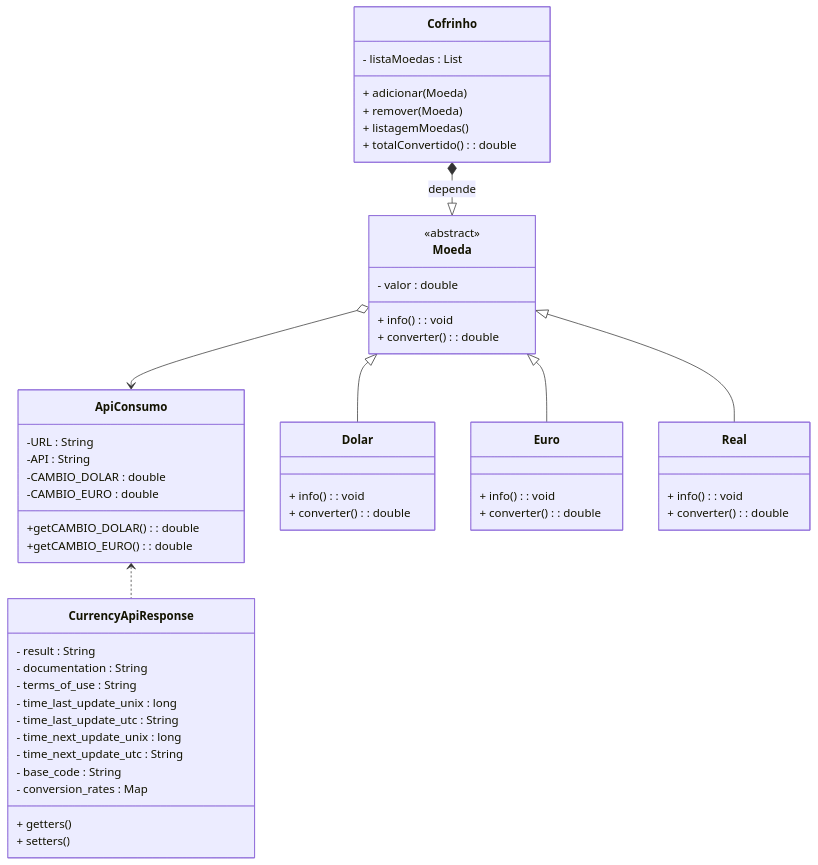
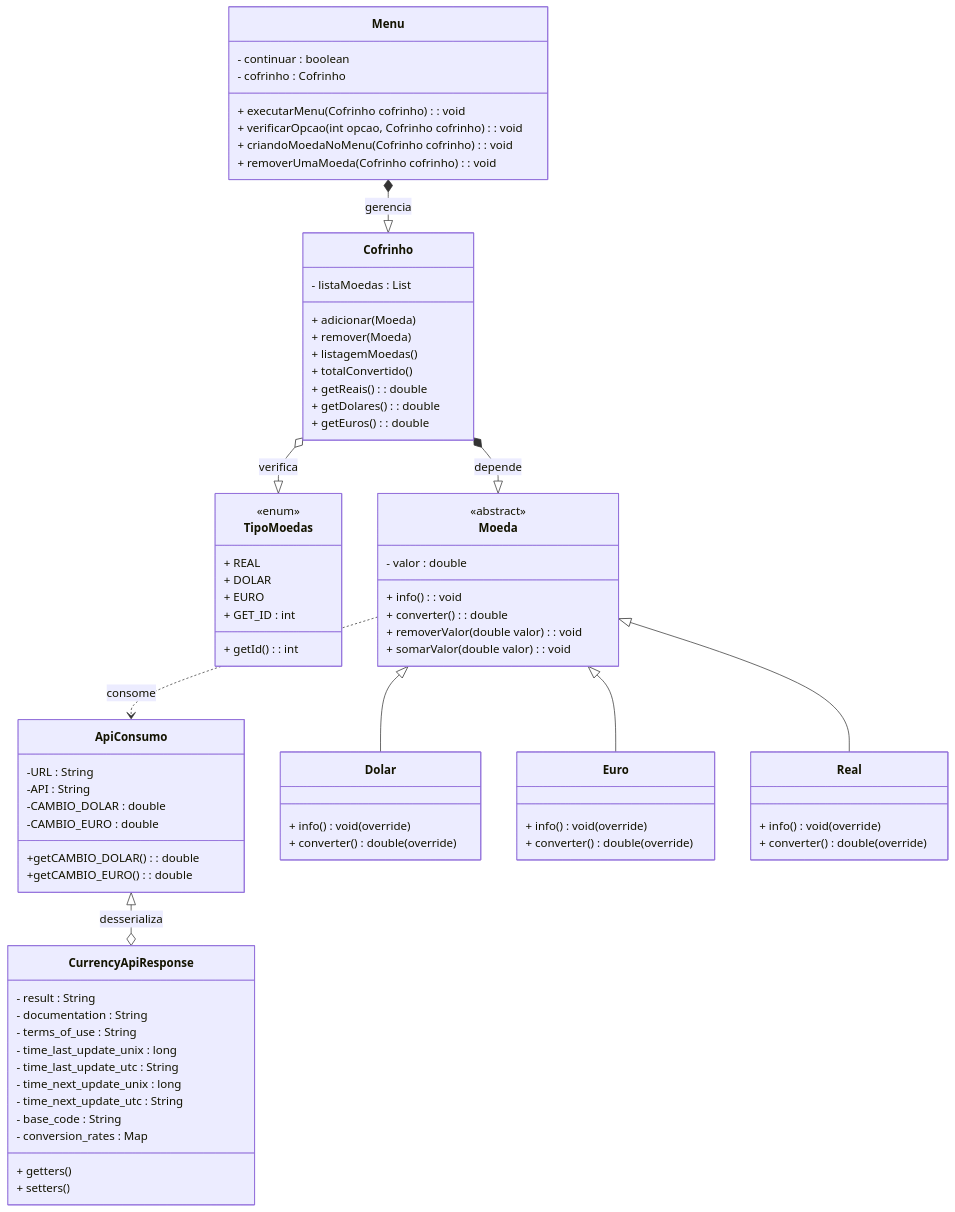
Before and after one commit to Luc033/CofrinhoTrabalho: the diagram in README.md, drawn with Mermaid. The commit also changed other lines of this file, not shown here.

````diff
--- a/README.md
+++ b/README.md
@@ -78,18 +73,23 @@
 ```mermaid
 classDiagram
-    ApiConsumo <.. CurrencyApiResponse
+    Menu *--|> Cofrinho : gerencia
+    Cofrinho o --|> TipoMoedas : verifica
     Cofrinho *--|> Moeda : depende
-    Moeda o--> ApiConsumo
+    Moeda ..> ApiConsumo : consome
     Moeda <|-- Dolar
     Moeda <|-- Euro
     Moeda <|-- Real
+   ApiConsumo <|--o CurrencyApiResponse : desserializa
 
     class Cofrinho {
         - listaMoedas : List<Moeda>
         + adicionar(Moeda)
         + remover(Moeda)
         + listagemMoedas()
-        + totalConvertido() : double
+        + totalConvertido()
+        + getReais() : double
+        + getDolares() : double
+        + getEuros() : double
     }
     class ApiConsumo {
       -URL : String
@@ -118,21 +118,40 @@
         - valor : double
         + info() : void
         + converter() : double
+        + removerValor(double valor) : void
+        + somarValor(double valor) : void
     }
 
     class Dolar {
-        + info() : void
-        + converter() : double
+        + info() : void (override)
+        + converter() : double (override)
     }
 
     class Euro {
-        + info() : void
-        + converter() : double
+        + info() : void (override)
+        + converter() : double (override)
     }
 
     class Real {
-        + info() : void
-        + converter() : double
+        + info() : void (override)
+        + converter() : double (override)
     }
 
+   class Menu {
+      - continuar : boolean
+      - cofrinho : Cofrinho
+      + executarMenu(Cofrinho cofrinho) : void
+      + verificarOpcao(int opcao, Cofrinho cofrinho) : void
+      + criandoMoedaNoMenu(Cofrinho cofrinho) : void
+      + removerUmaMoeda(Cofrinho cofrinho) : void
+   }
+
+   class TipoMoedas{
+      <<enum>>
+      + REAL
+      + DOLAR
+      + EURO
+      + GET_ID : int
+      + getId() : int
+   }
 ```
````
